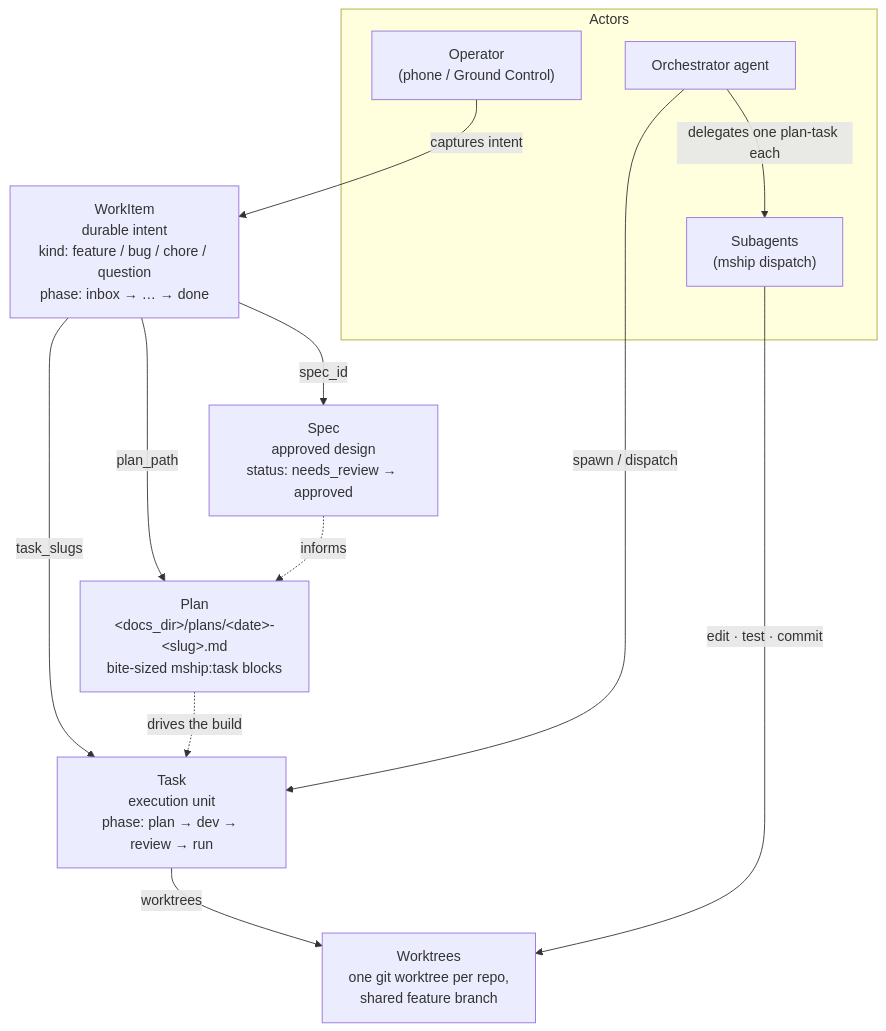
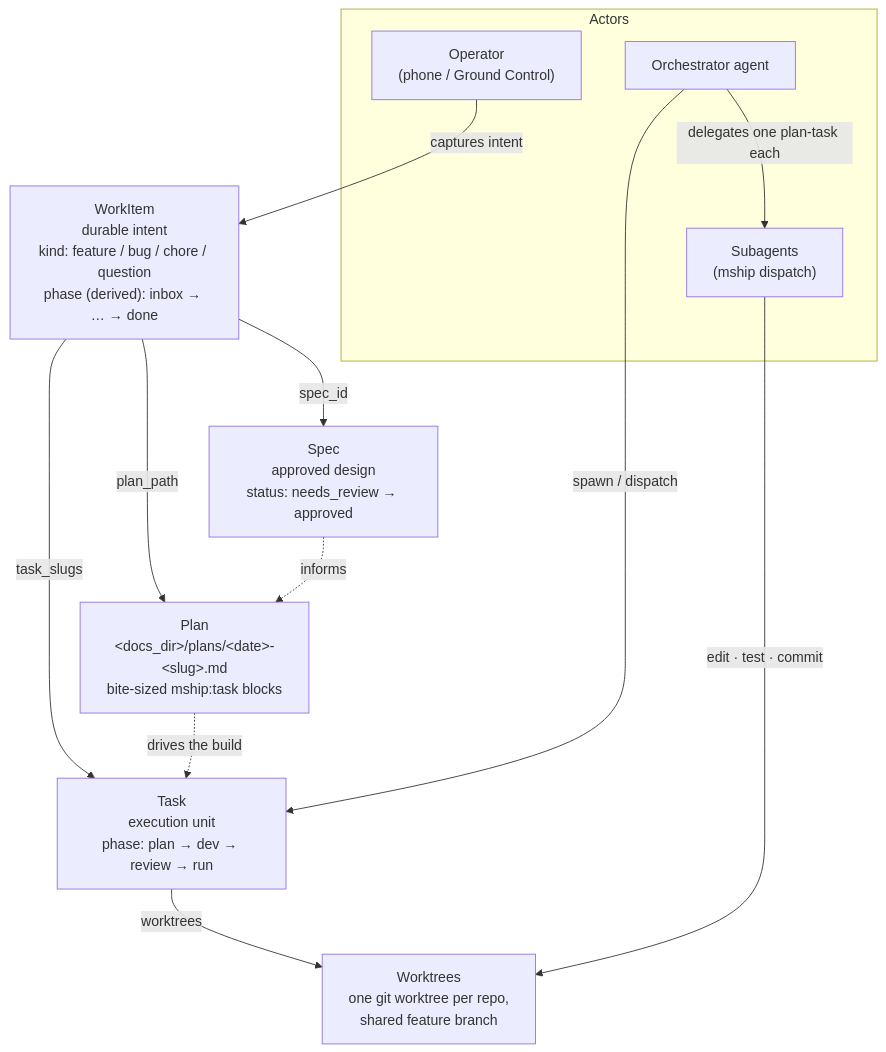
Before and after one commit to atomikpanda/mothership: the first of 2 diagrams in docs/concepts.md, drawn with Mermaid. The commit also changed other lines of this file and 1 other file, not shown here.

First line of the commit message:
Correct docs/concepts.md overclaims (WorkItem.phase derived, full gate surface, unattended runner, dual spec-location) + surface concepts.md from working-with-mothership (MOS-238) (#337)

````diff
--- a/docs/concepts.md
+++ b/docs/concepts.md
@@ -9,25 +9,25 @@
 ```mermaid
 graph TD
     subgraph actors[Actors]
       OP["Operator<br/>(phone / Ground Control)"]
       ORCH["Orchestrator agent"]
       SUB["Subagents<br/>(mship dispatch)"]
     end
 
-    WI["WorkItem<br/>durable intent<br/>kind: feature / bug / chore / question<br/>phase: inbox → … → done"]
+    WI["WorkItem<br/>durable intent<br/>kind: feature / bug / chore / question<br/>phase (derived): inbox → … → done"]
     SPEC["Spec<br/>approved design<br/>status: needs_review → approved"]
     PLAN["Plan<br/>&lt;docs_dir&gt;/plans/&lt;date&gt;-&lt;slug&gt;.md<br/>bite-sized mship:task blocks"]
     TASK["Task<br/>execution unit<br/>phase: plan → dev → review → run"]
     WT["Worktrees<br/>one git worktree per repo,<br/>shared feature branch"]
 
     OP -->|"captures intent"| WI
     WI -->|"spec_id"| SPEC
     WI -->|"plan_path"| PLAN
     WI -->|"task_slugs"| TASK
     SPEC -.->|"informs"| PLAN
     PLAN -.->|"drives the build"| TASK
     TASK -->|"worktrees"| WT
     ORCH -->|"spawn / dispatch"| TASK
     ORCH -->|"delegates one plan-task each"| SUB
     SUB -->|"edit · test · commit"| WT
 ```
````
